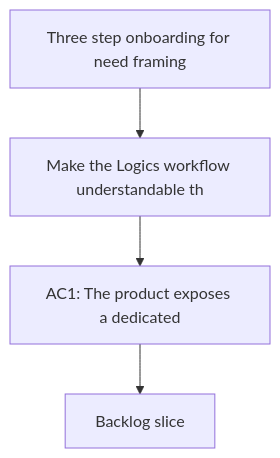
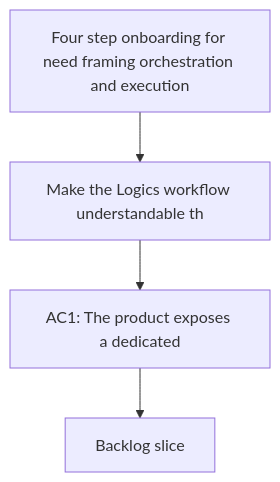
The diagram in logics/request/req_119_three_step_onboarding_for_need_framing_and_execution.md (AlexAgo83/logics-manager), drawn with Mermaid before and after one commit. The commit also changed other lines of this file and 14 other files, not shown here.

````diff
--- a/logics/request/req_119_three_step_onboarding_for_need_framing_and_execution.md
+++ b/logics/request/req_119_three_step_onboarding_for_need_framing_and_execution.md
@@ -30,8 +30,8 @@
 ```mermaid
 %% logics-kind: request
 %% logics-signature: request|three-step-onboarding-for-need-framing-a|make-the-logics-workflow-understandable-|ac1-the-product-exposes-a-dedicated
 flowchart TD
-    Trigger[Three step onboarding for need framing] --> Need[Make the Logics workflow understandable th]
+    Trigger[Four step onboarding for need framing orchestration and execution] --> Need[Make the Logics workflow understandable th]
     Need --> Outcome[AC1: The product exposes a dedicated]
     Outcome --> Backlog[Backlog slice]
 ```
````
